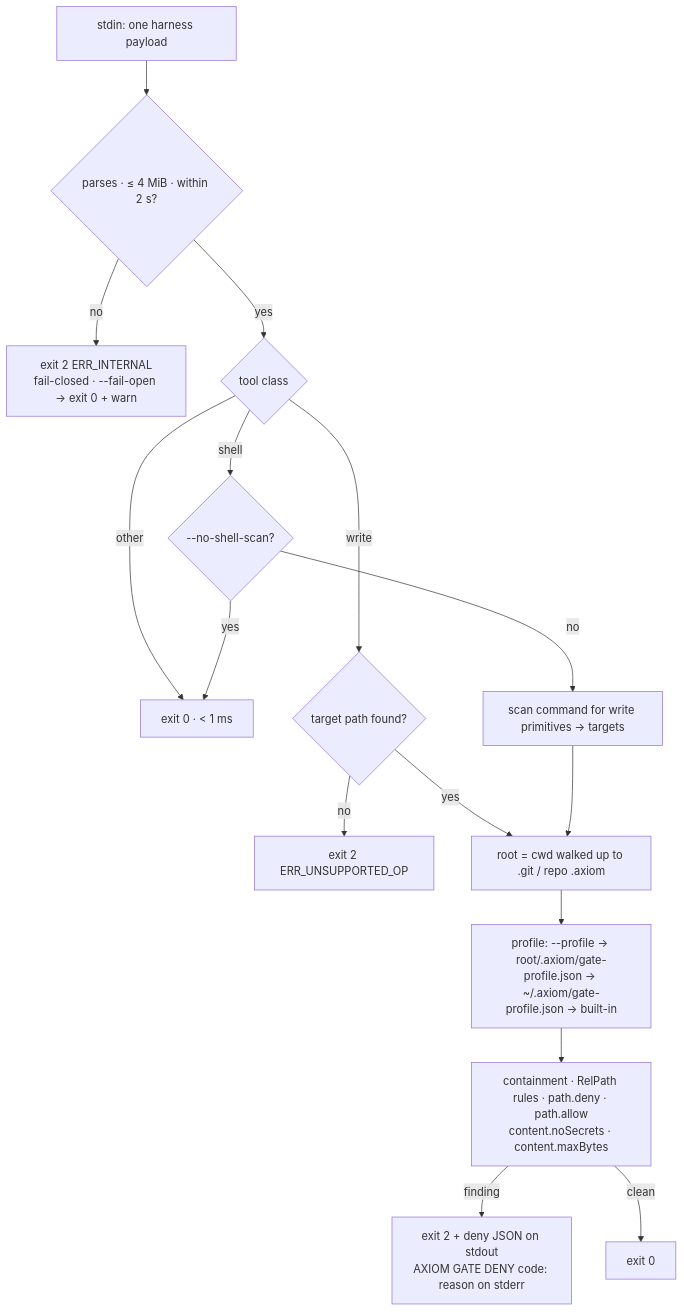
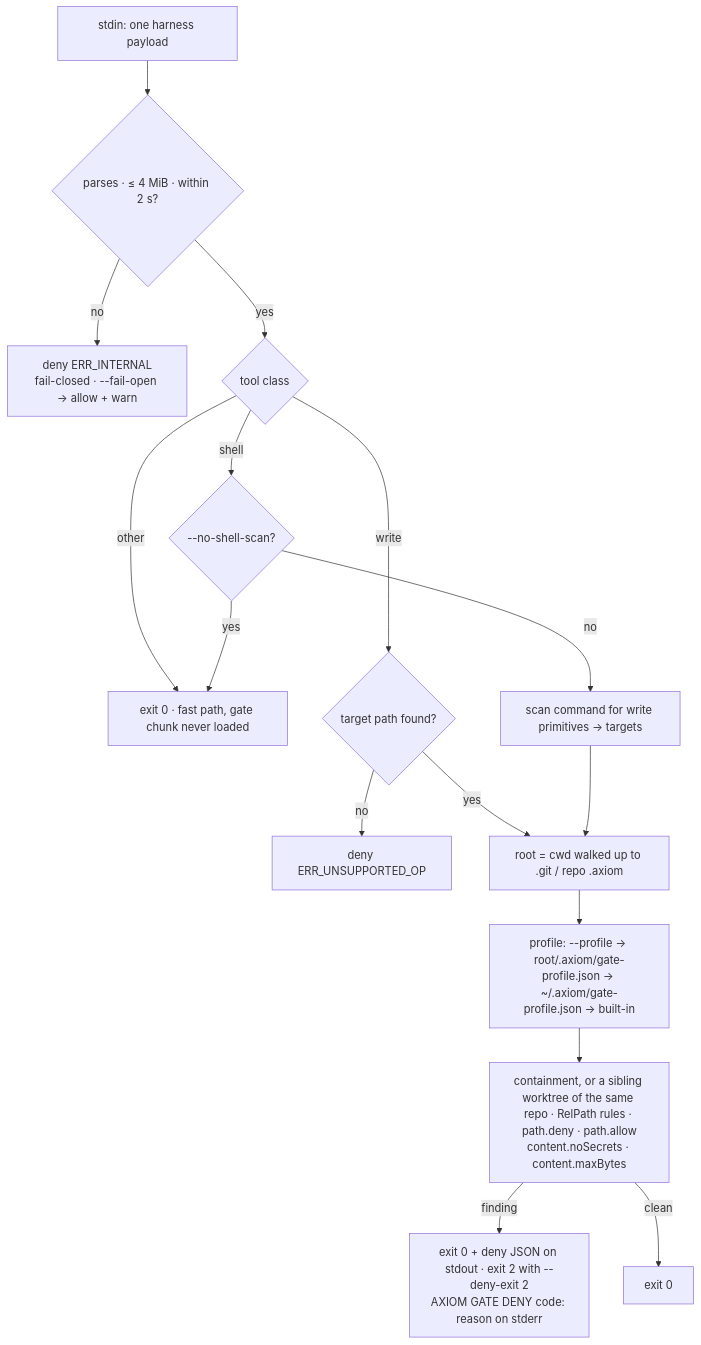
The diagram in docs/getting-started/hooks.md (dragoscv/axiom), drawn with Mermaid before and after one commit. The commit also changed other lines of this file and 14 other files, not shown here.

First line of the commit message:
fix(mcp): gate deny exits 0 with JSON, worktree-aware root, read-only fast path

````diff
--- a/docs/getting-started/hooks.md
+++ b/docs/getting-started/hooks.md
@@ -15,18 +16,18 @@
 ```mermaid
 flowchart TD
   IN[stdin: one harness payload] --> P{parses · ≤ 4 MiB · within 2 s?}
-  P -- no --> DENYI[exit 2 ERR_INTERNAL<br/>fail-closed · --fail-open → exit 0 + warn]
+  P -- no --> DENYI[deny ERR_INTERNAL<br/>fail-closed · --fail-open → allow + warn]
   P -- yes --> C{tool class}
-  C -- other --> ALLOW0[exit 0 · < 1 ms]
+  C -- other --> ALLOW0[exit 0 · fast path, gate chunk never loaded]
   C -- shell --> SS{--no-shell-scan?}
   SS -- yes --> ALLOW0
   SS -- no --> SCAN[scan command for write primitives → targets]
   C -- write --> T{target path found?}
-  T -- no --> DENYU[exit 2 ERR_UNSUPPORTED_OP]
+  T -- no --> DENYU[deny ERR_UNSUPPORTED_OP]
   T -- yes --> R[root = cwd walked up to .git / repo .axiom]
   SCAN --> R
   R --> PR[profile: --profile → root/.axiom/gate-profile.json → ~/.axiom/gate-profile.json → built-in]
-  PR --> CK[containment · RelPath rules · path.deny · path.allow<br/>content.noSecrets · content.maxBytes]
-  CK -- finding --> DENY[exit 2 + deny JSON on stdout<br/>AXIOM GATE DENY code: reason on stderr]
+  PR --> CK[containment, or a sibling worktree of the same repo · RelPath rules · path.deny · path.allow<br/>content.noSecrets · content.maxBytes]
+  CK -- finding --> DENY[exit 0 + deny JSON on stdout · exit 2 with --deny-exit 2<br/>AXIOM GATE DENY code: reason on stderr]
   CK -- clean --> ALLOW[exit 0]
 ```
````
